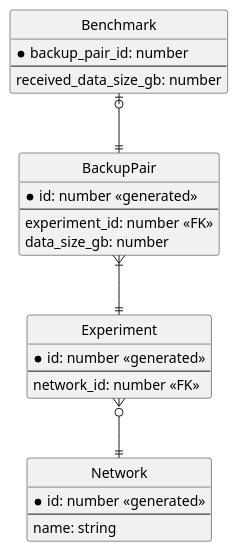
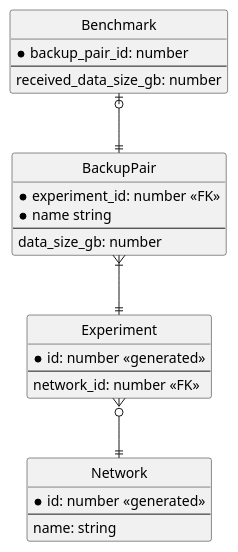
One commit to TOMOFUMI-KONDO/disaster-resistant-network changed the diagram in db/ER-diagram.puml. Above: the diagram before and after it, drawn with PlantUML. The commit also changed 1 other file, not shown here.

Commit message:
feat: udate db schema

```diff
--- a/db/ER-diagram.puml
+++ b/db/ER-diagram.puml
@@ -1,35 +1,35 @@
 @startuml
 
 hide circle
 skinparam linetype ortho
 
 entity Benchmark {
   *backup_pair_id: number
   --
   received_data_size_gb: number
 }
 
 entity BackupPair {
-  *id: number <<generated>>
+  *experiment_id: number <<FK>>
+  *name string
   --
-  experiment_id: number <<FK>>
   data_size_gb: number
 }
 
 entity Experiment {
   *id: number <<generated>>
   --
   network_id: number <<FK>>
 }
 
 entity Network {
   *id: number <<generated>>
   --
   name: string
 }
 
 Benchmark |o--|| BackupPair
 BackupPair }|--|| Experiment
 Experiment }o--|| Network
 
 @enduml
```
